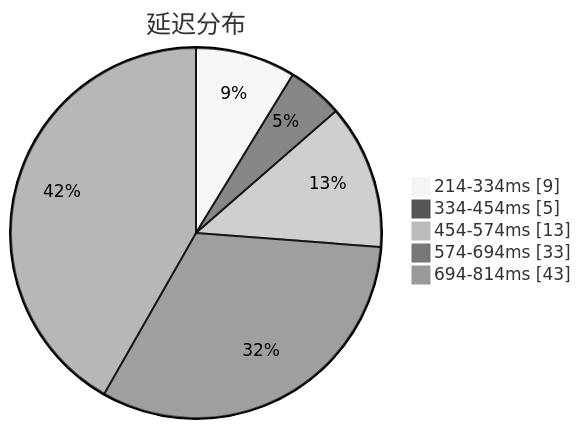
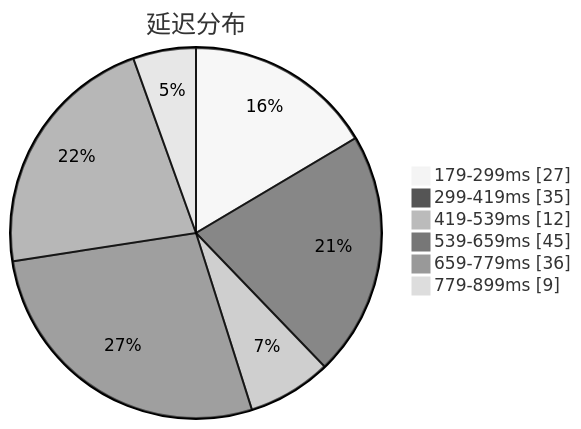
One commit to qjlxg/airport changed the first of 3 diagrams in subs/statistics/tested_within.md. Above: the diagram before and after it, drawn with Mermaid (neutral theme). The commit also changed other lines of this file and 2 other files, not shown here.

````diff
--- a/subs/statistics/tested_within.md
+++ b/subs/statistics/tested_within.md
@@ -2,9 +2,10 @@
 ```mermaid
 pie showData
 title 延迟分布
-"214-334ms" : 9
-"334-454ms" : 5
-"454-574ms" : 13
-"574-694ms" : 33
-"694-814ms" : 43
+"179-299ms" : 27
+"299-419ms" : 35
+"419-539ms" : 12
+"539-659ms" : 45
+"659-779ms" : 36
+"779-899ms" : 9
 ```
````
